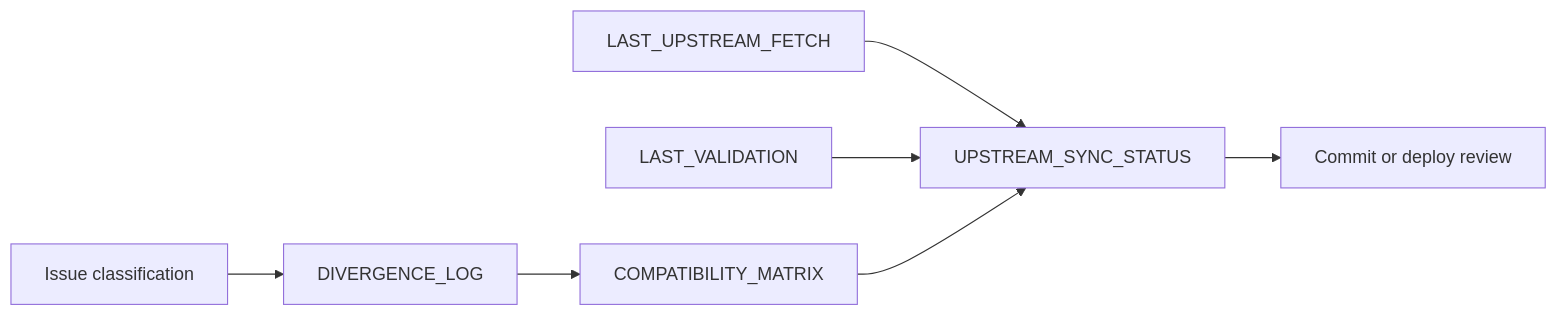
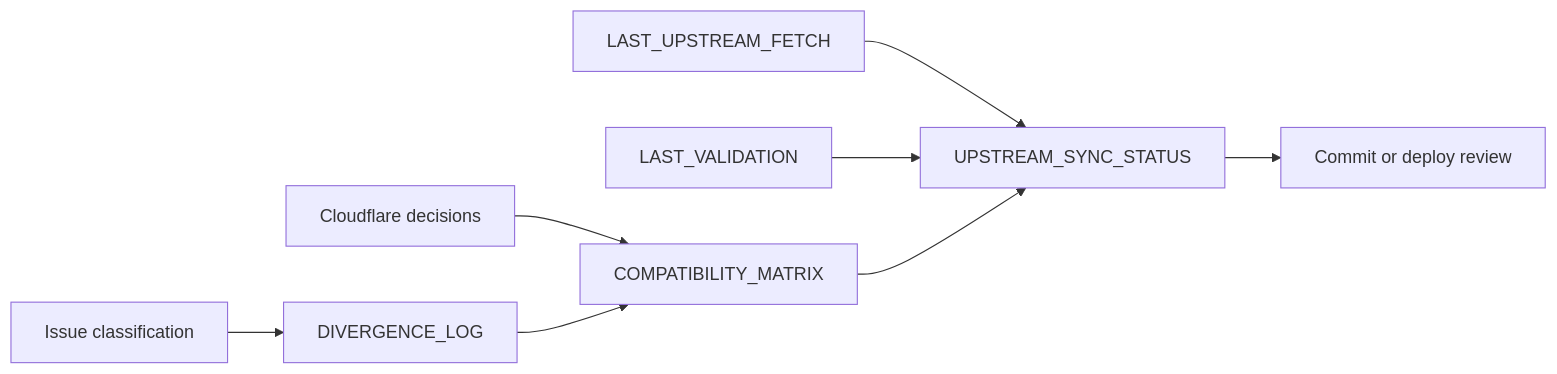
One commit to ahliweb/awcms-micro changed the diagram in docs/upstream-sync/README.md. Above: the diagram before and after it, drawn with Mermaid. The commit also changed other lines of this file and 9 other files, not shown here.

Commit message:
feat: update documentation and version for EmDash 0.26.0 sync; record Cloudflare architecture decisions and migration verification

````diff
--- a/docs/upstream-sync/README.md
+++ b/docs/upstream-sync/README.md
@@ -12,9 +12,10 @@
 ```mermaid
 flowchart LR
   Fetch[LAST_UPSTREAM_FETCH] --> Status[UPSTREAM_SYNC_STATUS]
   Validation[LAST_VALIDATION] --> Status
   Matrix[COMPATIBILITY_MATRIX] --> Status
+  CFDecision[Cloudflare decisions] --> Matrix
   Divergence[DIVERGENCE_LOG] --> Matrix
   Triage[Issue classification] --> Divergence
   Status --> Review[Commit or deploy review]
 ```
````
